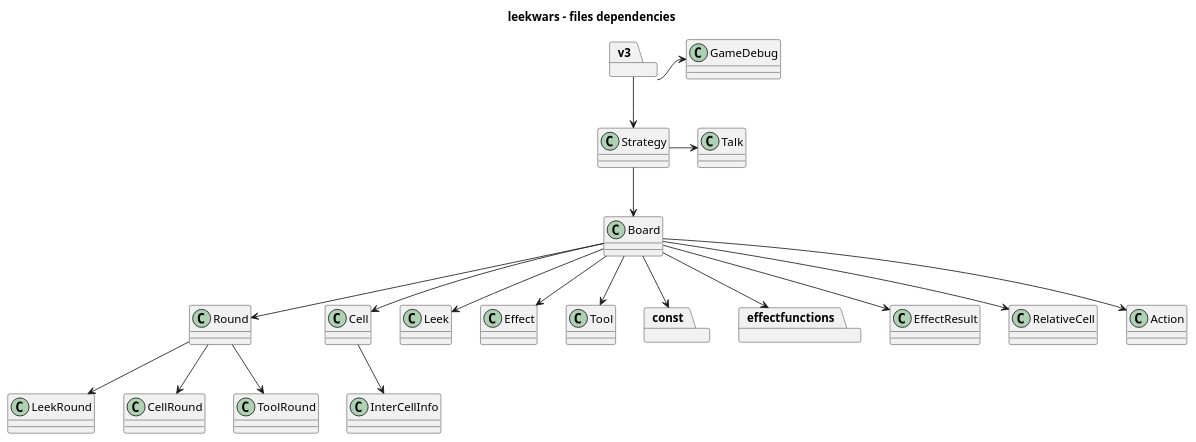
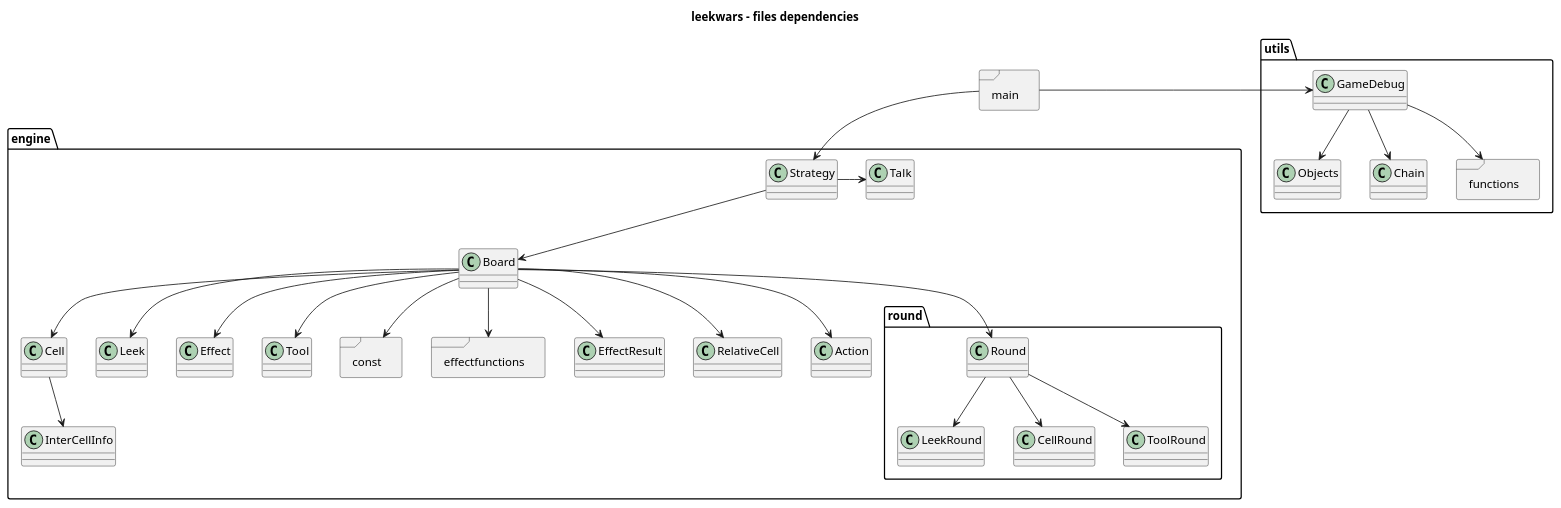
One commit to fauconv/leekwars changed the diagram in doc/files_dependencies.puml. Above: the diagram before and after it, drawn with PlantUML. The commit also changed 37 other files, not shown here.

```diff
--- a/doc/files_dependencies.puml
+++ b/doc/files_dependencies.puml
@@ -1,46 +1,60 @@
 @startuml
 
 title leekwars - files dependencies
 
 allowmixing
 
-class Round
-class Board
-class Cell 
-class Leek
-class Effect
-class Tool
-package const
-package effectfunctions
-class EffectResult
-class InterCellInfo
-class RelativeCell
-class Strategy
-package v3
-class GameDebug
-class LeekRound
-class CellRound
-class ToolRound
-class Action
-class Talk
+package engine {
+  package round {
+    class Round
+    class LeekRound
+    class CellRound
+    class ToolRound
+  }
+  class Board
+  class Cell 
+  class Leek
+  class Effect
+  class Tool
+  frame const
+  frame effectfunctions
+  class EffectResult
+  class InterCellInfo
+  class RelativeCell
+  class Strategy
+  class Action
+  class Talk
+}
 
-v3 -> GameDebug
-v3 --> Strategy
+frame main
+
+package utils {
+  class GameDebug
+  class Objects
+  class Chain
+  frame functions
+}
+
+main -> GameDebug
+main --> Strategy
 Strategy --> Board
 Strategy -> Talk
 Board --> Action
 Board --> effectfunctions
 Board --> EffectResult
 Board --> Round 
 Board --> const
 Round --> CellRound
 Round --> LeekRound
 Board --> Cell
 Cell --> InterCellInfo
 Round --> ToolRound
 Board --> Tool
 Board --> Leek
 Board --> Effect
 Board --> RelativeCell
+GameDebug --> Objects
+GameDebug --> Chain
+GameDebug --> functions
 
 @enduml
```
